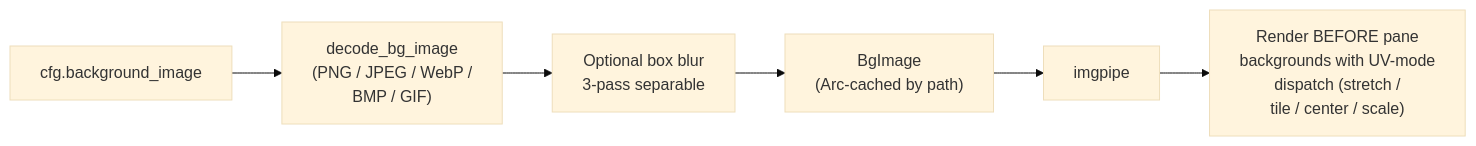
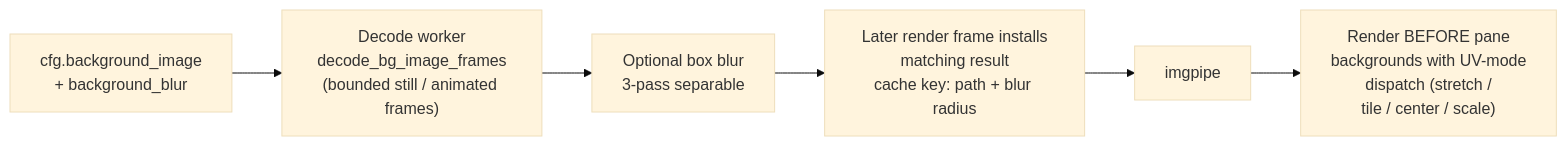
One commit to Reddimus/kettle changed the eighth of 11 diagrams in docs/ARCHITECTURE.md. Above: the diagram before and after it, drawn with Mermaid (base theme). The commit also changed other lines of this file and 11 other files, not shown here.

````diff
--- a/docs/ARCHITECTURE.md
+++ b/docs/ARCHITECTURE.md
@@ -3524,8 +3531,8 @@
 ```mermaid
 flowchart LR
-    A["cfg.background_image"] --> B["decode_bg_image<br/>(PNG / JPEG / WebP /<br/>BMP / GIF)"]
+    A["cfg.background_image<br/>+ background_blur"] --> B["Decode worker<br/>decode_bg_image_frames<br/>(bounded still / animated frames)"]
     B --> C["Optional box blur<br/>3-pass separable"]
-    C --> D["BgImage<br/>(Arc-cached by path)"]
+    C --> D["Later render frame installs<br/>matching result<br/>cache key: path + blur radius"]
     D --> E["imgpipe"]
     E --> F["Render BEFORE pane<br/>backgrounds with UV-mode<br/>dispatch (stretch /<br/>tile / center / scale)"]
 ```
````
